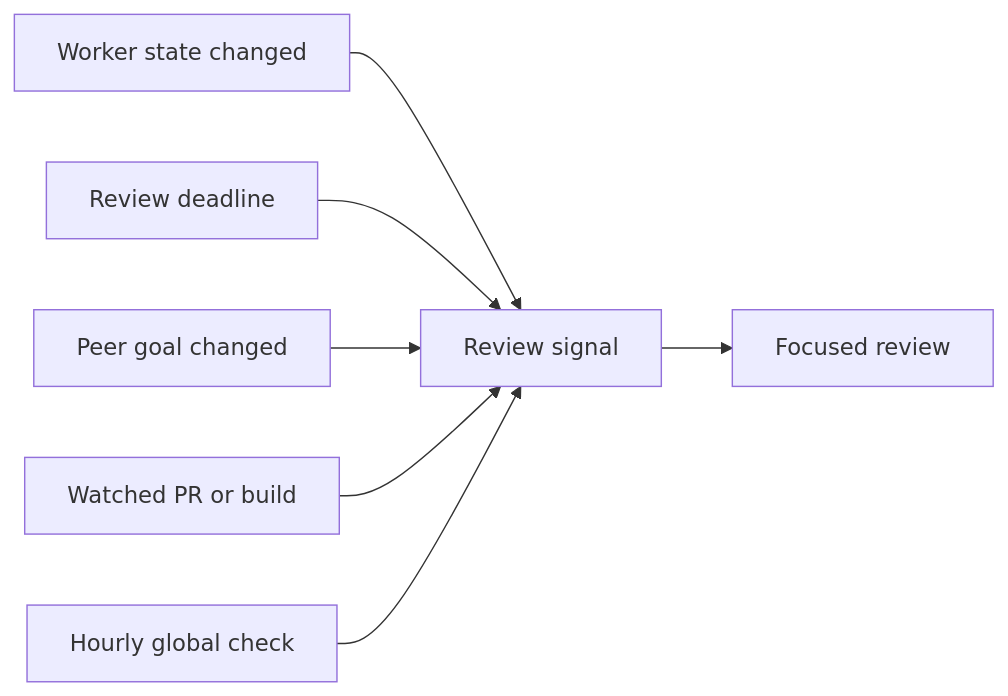
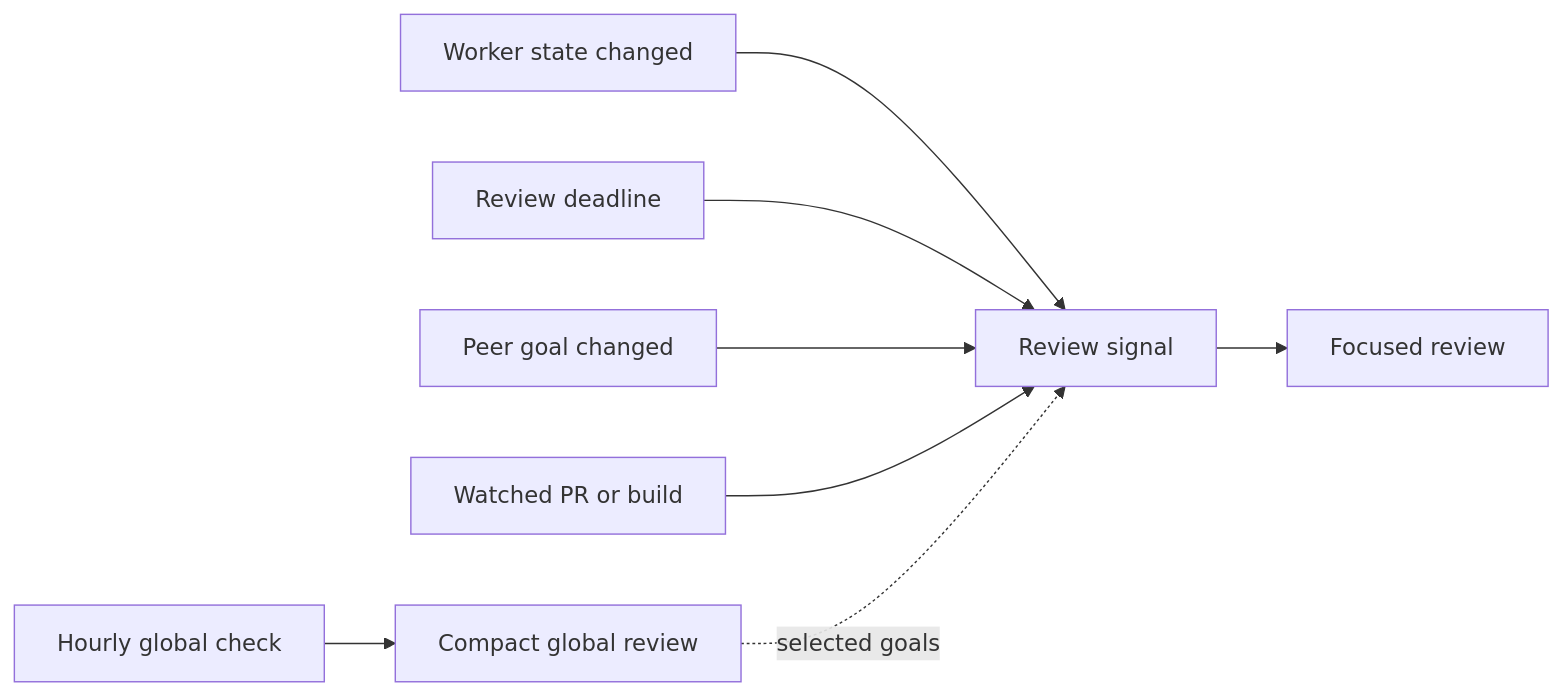
Before and after one commit to hao1939/herdr-supervisor: the second of 4 diagrams in docs/design.md, drawn with Mermaid. The commit also changed other lines of this file and 3 other files, not shown here.

````diff
--- a/docs/design.md
+++ b/docs/design.md
@@ -114,9 +114,10 @@
 ```mermaid
 flowchart LR
     A[Worker state changed] --> Q[Review signal]
     B[Review deadline] --> Q
     C[Peer goal changed] --> Q
     D[Watched PR or build] --> Q
-    E[Hourly global check] --> Q
     Q --> R[Focused review]
+    E[Hourly global check] --> G[Compact global review]
+    G -. selected goals .-> Q
 ```
````
